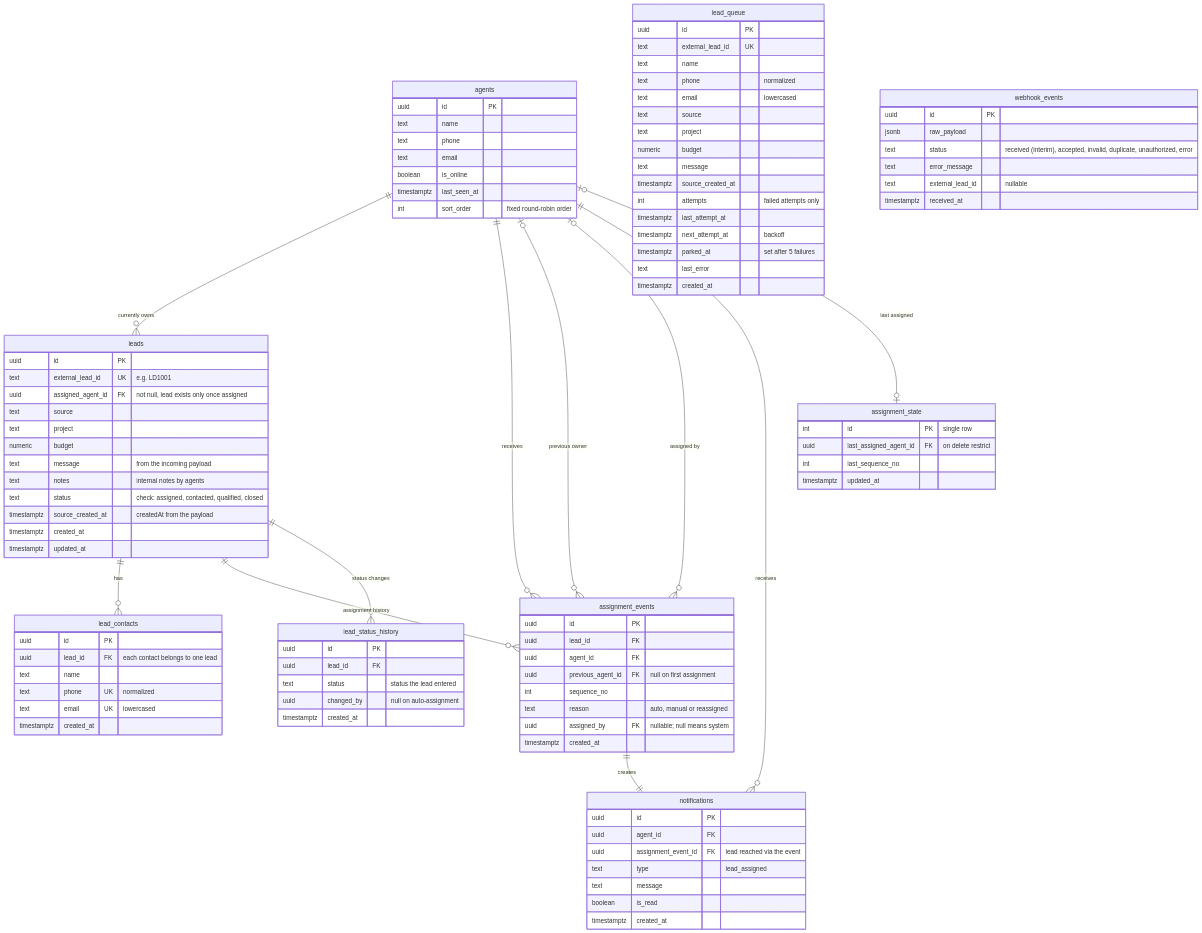
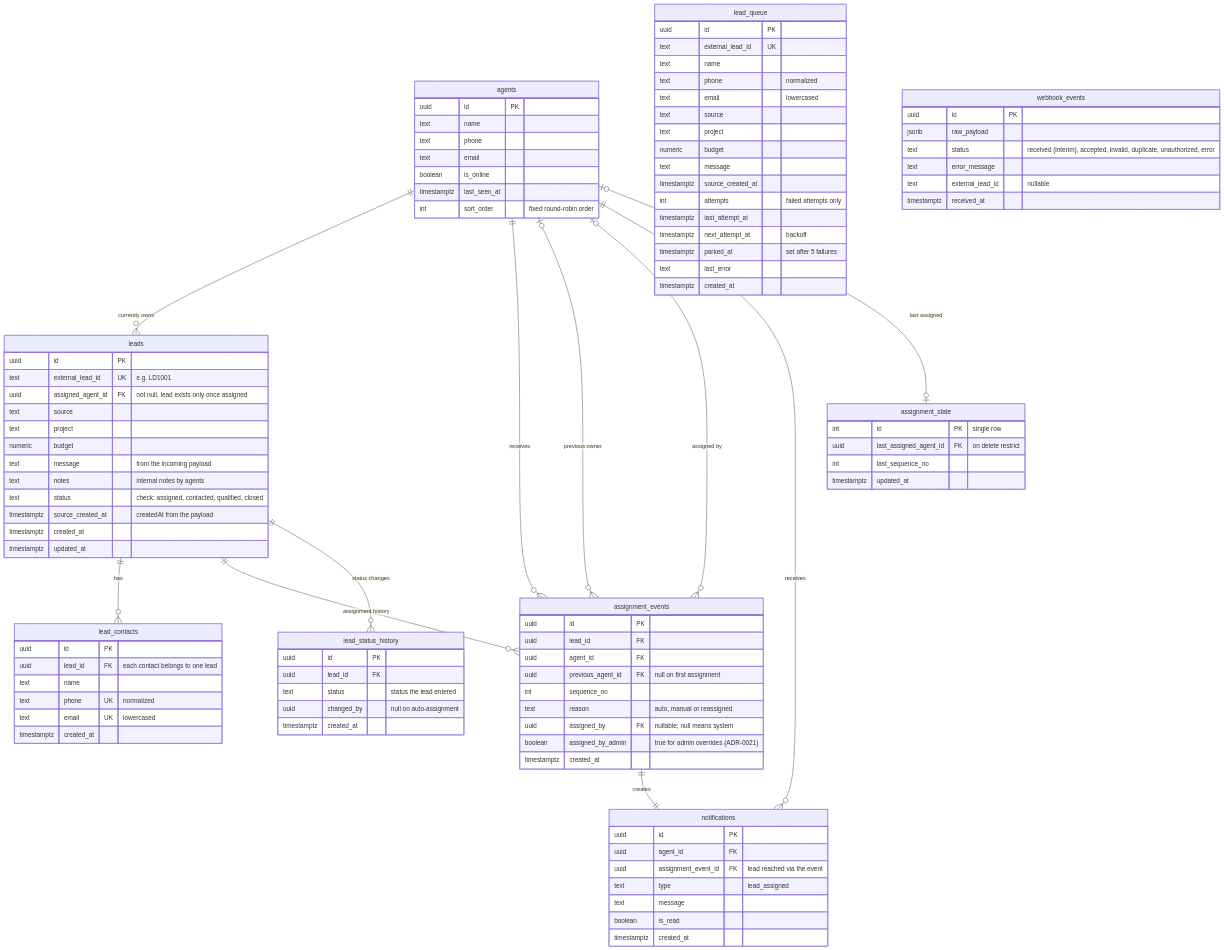
One commit to Luckden/agent_lead_platform changed the diagram in docs/erd.mermaid. Above: the diagram before and after it, drawn with Mermaid. The commit also changed 15 other files, not shown here.

Commit message:
Add admin role gate for overrides and a For me view (RFC-0003, ADR-0021/0022)

```diff
--- a/docs/erd.mermaid
+++ b/docs/erd.mermaid
@@ -1,109 +1,110 @@
 erDiagram
     leads ||--o{ lead_contacts : "has"
     agents ||--o{ leads : "currently owns"
     leads ||--o{ assignment_events : "assignment history"
     agents ||--o{ assignment_events : "receives"
     agents o|--o{ assignment_events : "previous owner"
     agents o|--o{ assignment_events : "assigned by"
     leads ||--o{ lead_status_history : "status changes"
     assignment_events ||--|| notifications : "creates"
     agents ||--o{ notifications : "receives"
     agents |o--o| assignment_state : "last assigned"
 
     lead_contacts {
         uuid id PK
         uuid lead_id FK "each contact belongs to one lead"
         text name
         text phone UK "normalized"
         text email UK "lowercased"
         timestamptz created_at
     }
 
     lead_queue {
         uuid id PK
         text external_lead_id UK
         text name
         text phone "normalized"
         text email "lowercased"
         text source
         text project
         numeric budget
         text message
         timestamptz source_created_at
         int attempts "failed attempts only"
         timestamptz last_attempt_at
         timestamptz next_attempt_at "backoff"
         timestamptz parked_at "set after 5 failures"
         text last_error
         timestamptz created_at
     }
 
     leads {
         uuid id PK
         text external_lead_id UK "e.g. LD1001"
         uuid assigned_agent_id FK "not null, lead exists only once assigned"
         text source
         text project
         numeric budget
         text message "from the incoming payload"
         text notes "internal notes by agents"
         text status "check: assigned, contacted, qualified, closed"
         timestamptz source_created_at "createdAt from the payload"
         timestamptz created_at
         timestamptz updated_at
     }
 
     agents {
         uuid id PK
         text name
         text phone
         text email
         boolean is_online
         timestamptz last_seen_at
         int sort_order "fixed round-robin order"
     }
 
     assignment_events {
         uuid id PK
         uuid lead_id FK
         uuid agent_id FK
         uuid previous_agent_id FK "null on first assignment"
         int sequence_no
         text reason "auto, manual or reassigned"
         uuid assigned_by FK "nullable; null means system"
+        boolean assigned_by_admin "true for admin overrides (ADR-0021)"
         timestamptz created_at
     }
 
     lead_status_history {
         uuid id PK
         uuid lead_id FK
         text status "status the lead entered"
         uuid changed_by "null on auto-assignment"
         timestamptz created_at
     }
 
     webhook_events {
         uuid id PK
         jsonb raw_payload
         text status "received (interim), accepted, invalid, duplicate, unauthorized, error"
         text error_message
         text external_lead_id "nullable"
         timestamptz received_at
     }
 
     notifications {
         uuid id PK
         uuid agent_id FK
         uuid assignment_event_id FK "lead reached via the event"
         text type "lead_assigned"
         text message
         boolean is_read
         timestamptz created_at
     }
 
     assignment_state {
         int id PK "single row"
         uuid last_assigned_agent_id FK "on delete restrict"
         int last_sequence_no
         timestamptz updated_at
     }
```
